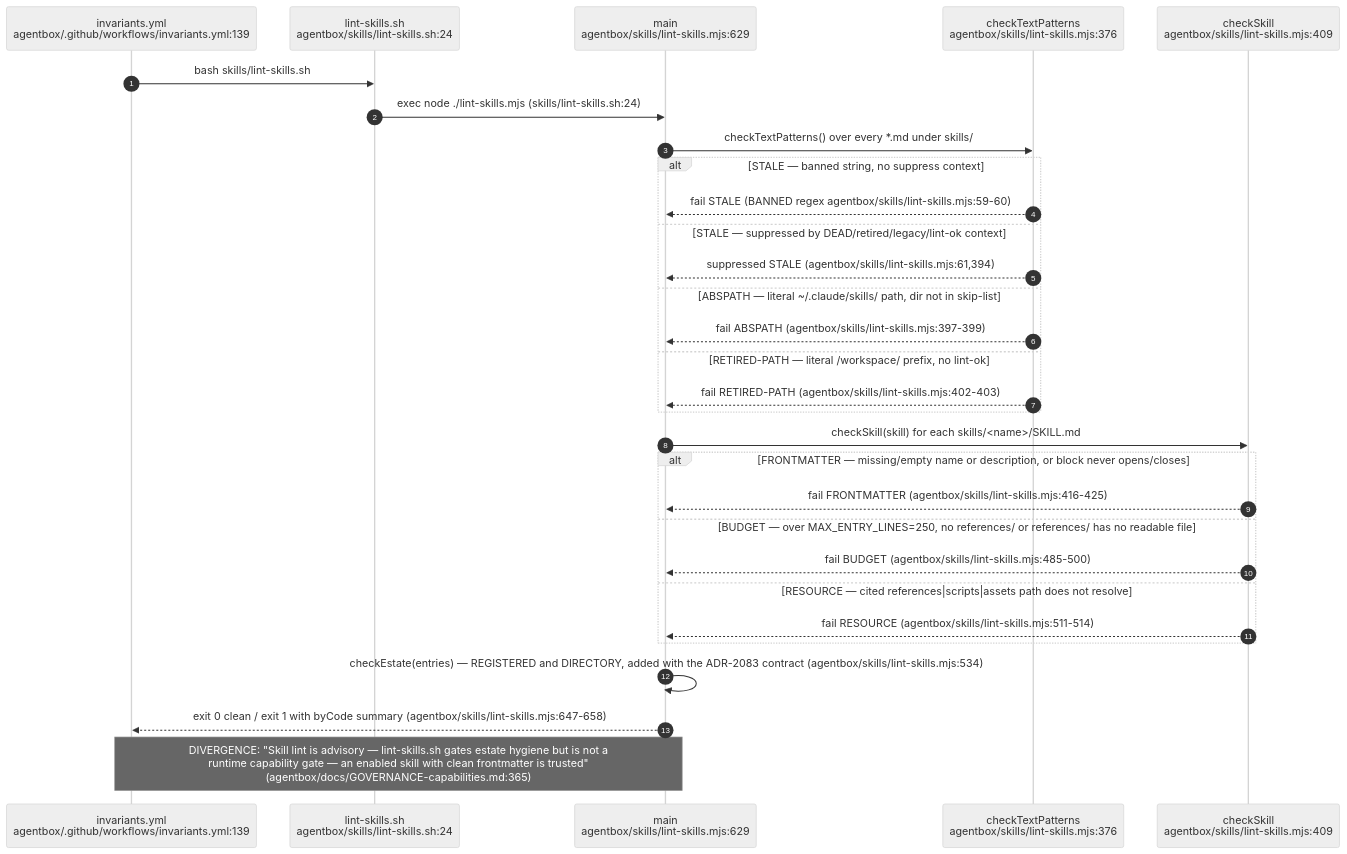
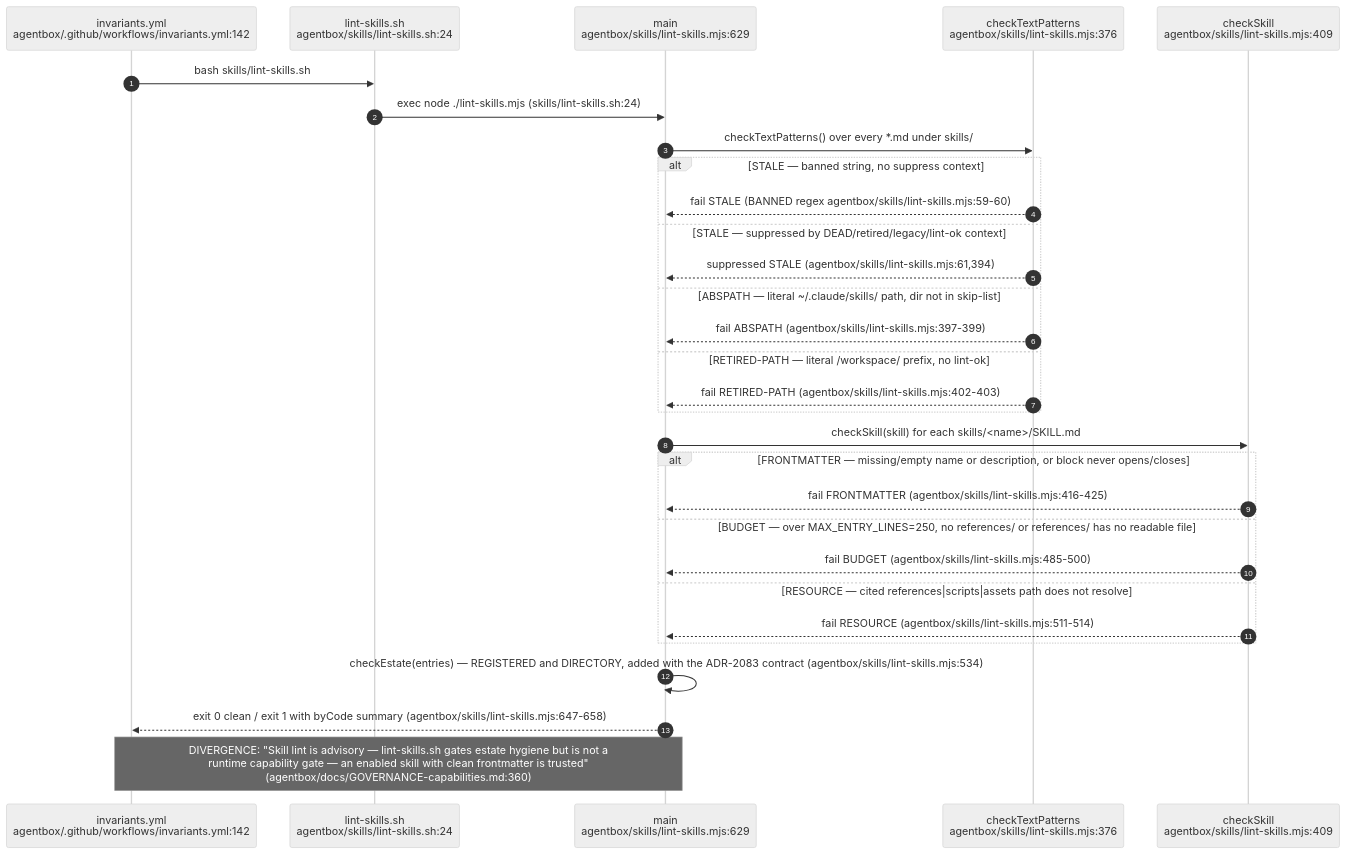
The third of 12 diagrams in docs/diagrams/agentbox/22-skills-and-routing.md (DreamLab-AI/VisionFlow), drawn with Mermaid (neutral theme) before and after one commit. The commit also changed other lines of this file and 145 other files, not shown here.

````diff
--- a/docs/diagrams/agentbox/22-skills-and-routing.md
+++ b/docs/diagrams/agentbox/22-skills-and-routing.md
@@ -155,33 +155,33 @@
 ```mermaid
 sequenceDiagram
     autonumber
-    participant CI as invariants.yml<br/>agentbox/.github/workflows/invariants.yml:139
+    participant CI as invariants.yml<br/>agentbox/.github/workflows/invariants.yml:142
     participant SH as lint-skills.sh<br/>agentbox/skills/lint-skills.sh:24
     participant MJS as main<br/>agentbox/skills/lint-skills.mjs:629
     participant TXT as checkTextPatterns<br/>agentbox/skills/lint-skills.mjs:376
     participant SKC as checkSkill<br/>agentbox/skills/lint-skills.mjs:409
 
     CI->>SH: bash skills/lint-skills.sh
     SH->>MJS: exec node ./lint-skills.mjs (skills/lint-skills.sh:24)
     MJS->>TXT: checkTextPatterns() over every *.md under skills/
     alt STALE — banned string, no suppress context
         TXT-->>MJS: fail STALE (BANNED regex agentbox/skills/lint-skills.mjs:59-60)
     else STALE — suppressed by DEAD/retired/legacy/lint-ok context
         TXT-->>MJS: suppressed STALE (agentbox/skills/lint-skills.mjs:61,394)
     else ABSPATH — literal ~/.claude/skills/ path, dir not in skip-list
         TXT-->>MJS: fail ABSPATH (agentbox/skills/lint-skills.mjs:397-399)
     else RETIRED-PATH — literal /workspace/ prefix, no lint-ok
         TXT-->>MJS: fail RETIRED-PATH (agentbox/skills/lint-skills.mjs:402-403)
     end
     MJS->>SKC: checkSkill(skill) for each skills/<name>/SKILL.md
     alt FRONTMATTER — missing/empty name or description, or block never opens/closes
         SKC-->>MJS: fail FRONTMATTER (agentbox/skills/lint-skills.mjs:416-425)
     else BUDGET — over MAX_ENTRY_LINES=250, no references/ or references/ has no readable file
         SKC-->>MJS: fail BUDGET (agentbox/skills/lint-skills.mjs:485-500)
     else RESOURCE — cited references|scripts|assets path does not resolve
         SKC-->>MJS: fail RESOURCE (agentbox/skills/lint-skills.mjs:511-514)
     end
     MJS->>MJS: checkEstate(entries) — REGISTERED and DIRECTORY, added with the ADR-2083 contract (agentbox/skills/lint-skills.mjs:534)
     MJS-->>CI: exit 0 clean / exit 1 with byCode summary (agentbox/skills/lint-skills.mjs:647-658)
-    Note over MJS,CI: DIVERGENCE: "Skill lint is advisory — lint-skills.sh gates estate hygiene but is not a<br/>runtime capability gate — an enabled skill with clean frontmatter is trusted"<br/>(agentbox/docs/GOVERNANCE-capabilities.md:365)
+    Note over MJS,CI: DIVERGENCE: "Skill lint is advisory — lint-skills.sh gates estate hygiene but is not a<br/>runtime capability gate — an enabled skill with clean frontmatter is trusted"<br/>(agentbox/docs/GOVERNANCE-capabilities.md:360)
 ```
````
